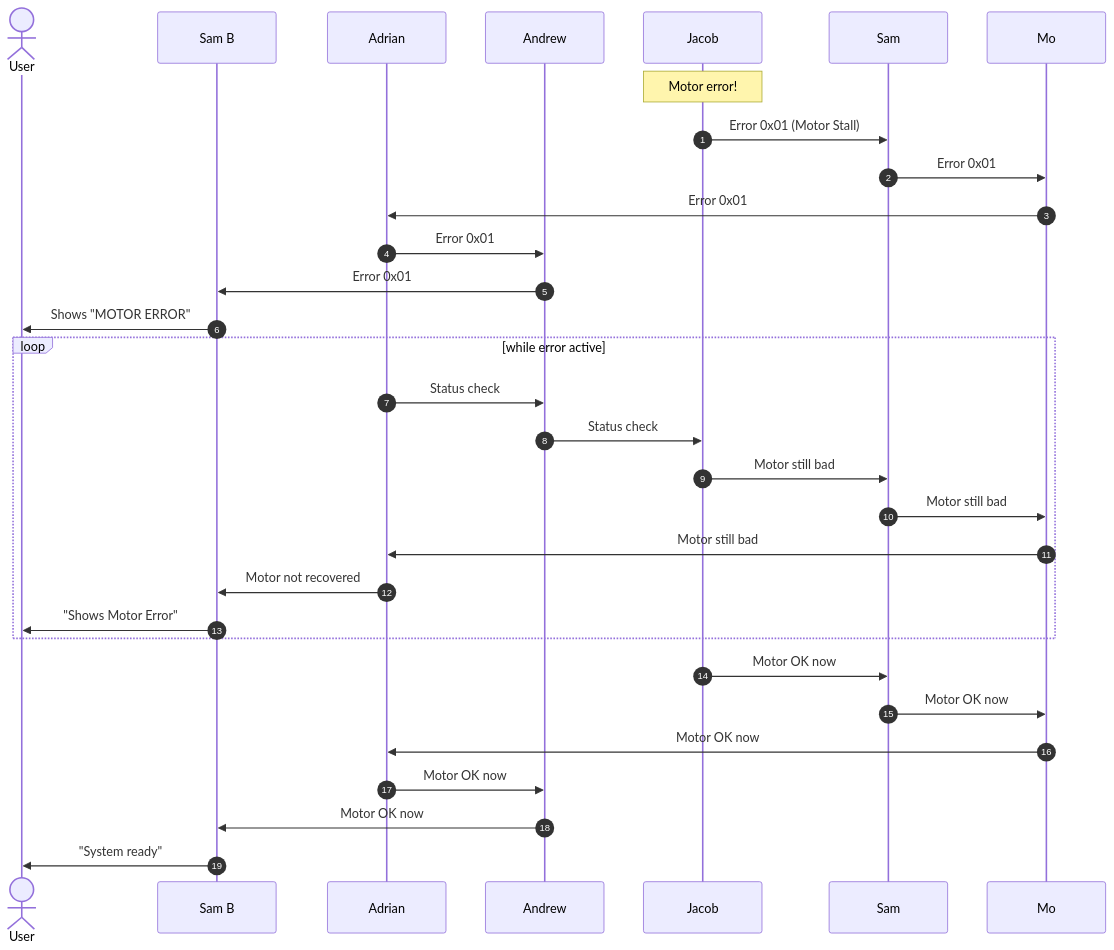
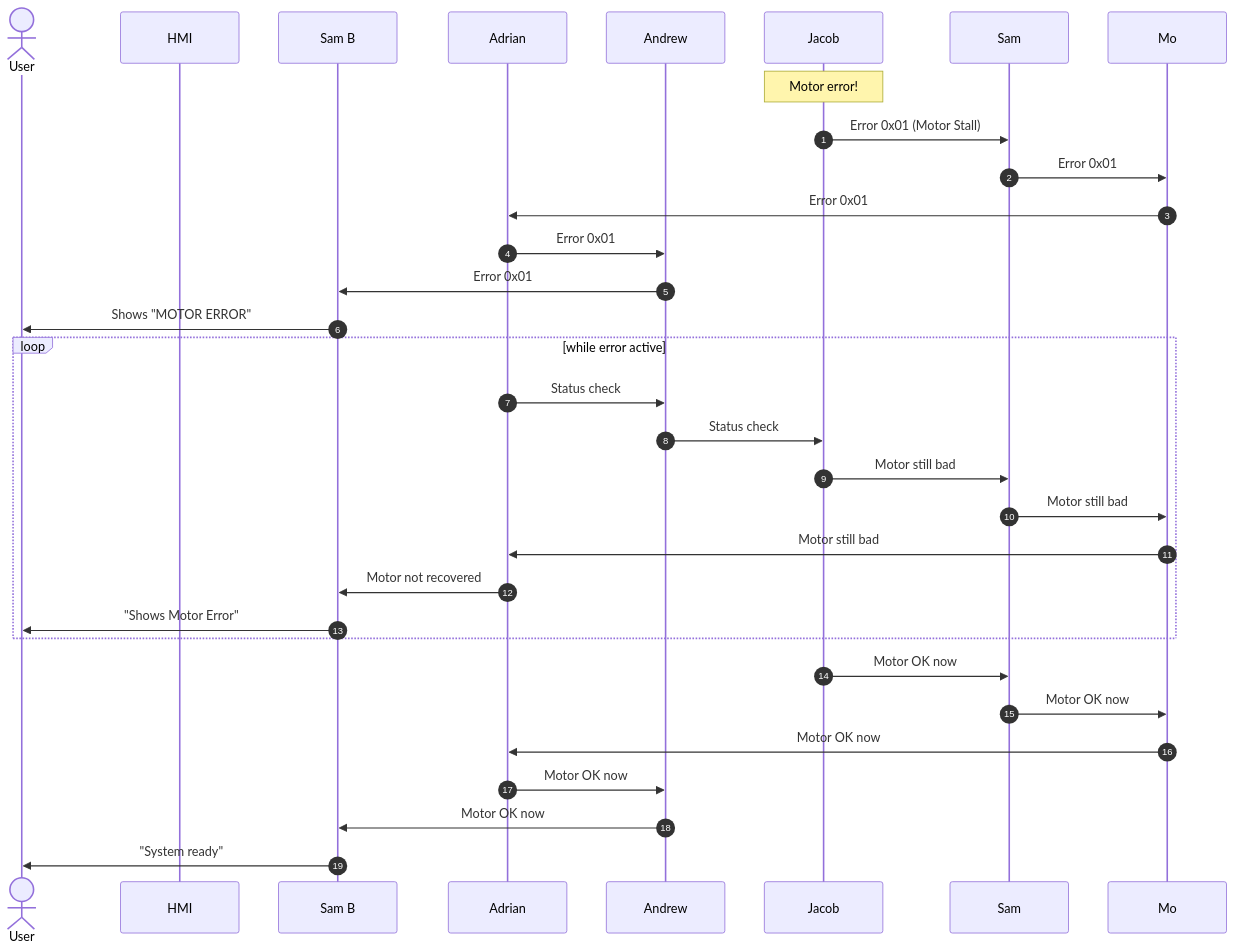
One commit to EGR314-S-2026-308/EGR314-S-2026-308.github.io changed the third of 4 diagrams in docs/04-Team-Block-Diagram/Team-Diagram.md. Above: the diagram before and after it, drawn with Mermaid. The commit also changed other lines of this file, not shown here.

Commit message:
participant HMI update

````diff
--- a/docs/04-Team-Block-Diagram/Team-Diagram.md
+++ b/docs/04-Team-Block-Diagram/Team-Diagram.md
@@ -58,40 +62,41 @@
 ``` mermaid
 sequenceDiagram
     autonumber
     actor User
+    participant HMI
     participant SamB as Sam B 
     participant Adrian as Adrian 
     participant Andrew as Andrew
     participant Jacob as Jacob 
     participant Sam as Sam 
     participant Mo as Mo 
 
     Note over Jacob: Motor error!
     Jacob->>Sam: Error 0x01 (Motor Stall)
     Sam->>Mo: Error 0x01
     Mo->>Adrian: Error 0x01
     Adrian->>Andrew: Error 0x01
     Andrew->>SamB: Error 0x01
     
     SamB->>User: Shows "MOTOR ERROR"
     
 
     
     loop while error active
         Adrian->>Andrew: Status check
         Andrew->>Jacob: Status check
         Jacob->>Sam: Motor still bad
         Sam->>Mo: Motor still bad
         Mo->>Adrian: Motor still bad
         Adrian->>SamB: Motor not recovered
         SamB->>User: "Shows Motor Error"
     end
     
     Jacob->>Sam: Motor OK now
     Sam->>Mo: Motor OK now
     Mo->>Adrian: Motor OK now
     Adrian->>Andrew: Motor OK now
     Andrew->>SamB: Motor OK now
     
     SamB->>User: "System ready"
 ```
````
